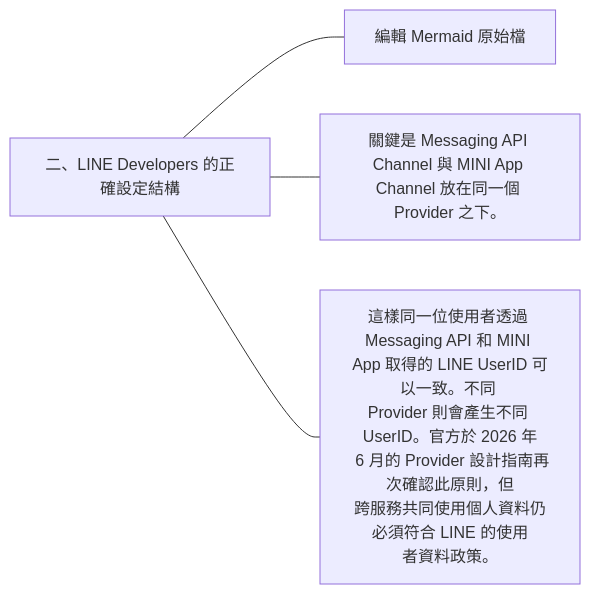
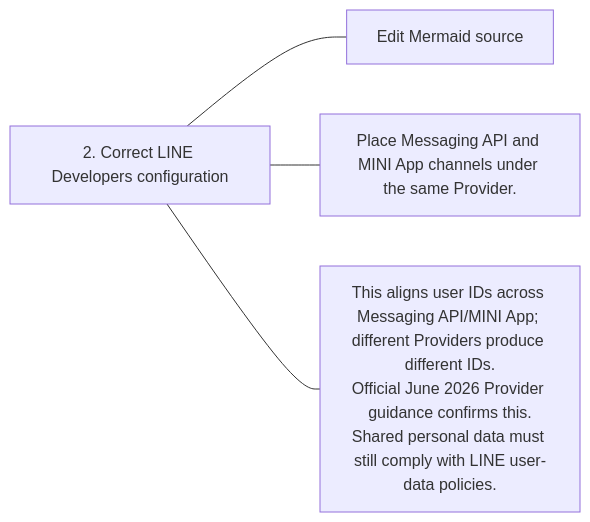
One commit to 963sup/line-mini-app-bot changed the fifth of 38 diagrams in docs/proposals/line-engineering/README.md. Above: the diagram before and after it, drawn with Mermaid. The commit also changed other lines of this file and 341 other files, not shown here.

````diff
--- a/docs/proposals/line-engineering/README.md
+++ b/docs/proposals/line-engineering/README.md
@@ -75,8 +79,8 @@
 ```mermaid
 flowchart LR
-  h["二、LINE Developers 的正確設定結構"]
-  h --- n0["編輯 Mermaid 原始檔"]
+  h["2. Correct LINE Developers configuration"]
+  h --- n0["Edit Mermaid source"]
   click n0 "diagrams/line-channels.mermaid"
-  h --- n1["關鍵是 Messaging API Channel 與 MINI App <br/>Channel 放在同一個 Provider 之下。"]
-  h --- n2["這樣同一位使用者透過 Messaging API 和 MINI <br/>App 取得的 LINE UserID 可以一致。不同 <br/>Provider 則會產生不同 UserID。官方於 2026 年<br/> 6 月的 Provider 設計指南再次確認此原則，但<br/>跨服務共同使用個人資料仍必須符合 LINE 的使用<br/>者資料政策。"]
+  h --- n1["Place Messaging API and MINI App channels under the same Provider."]
+  h --- n2["This aligns user IDs across Messaging API/MINI App; different Providers produce different IDs.<br/>Official June 2026 Provider guidance confirms this.<br/>Shared personal data must still comply with LINE user-data policies."]
 ```
````
